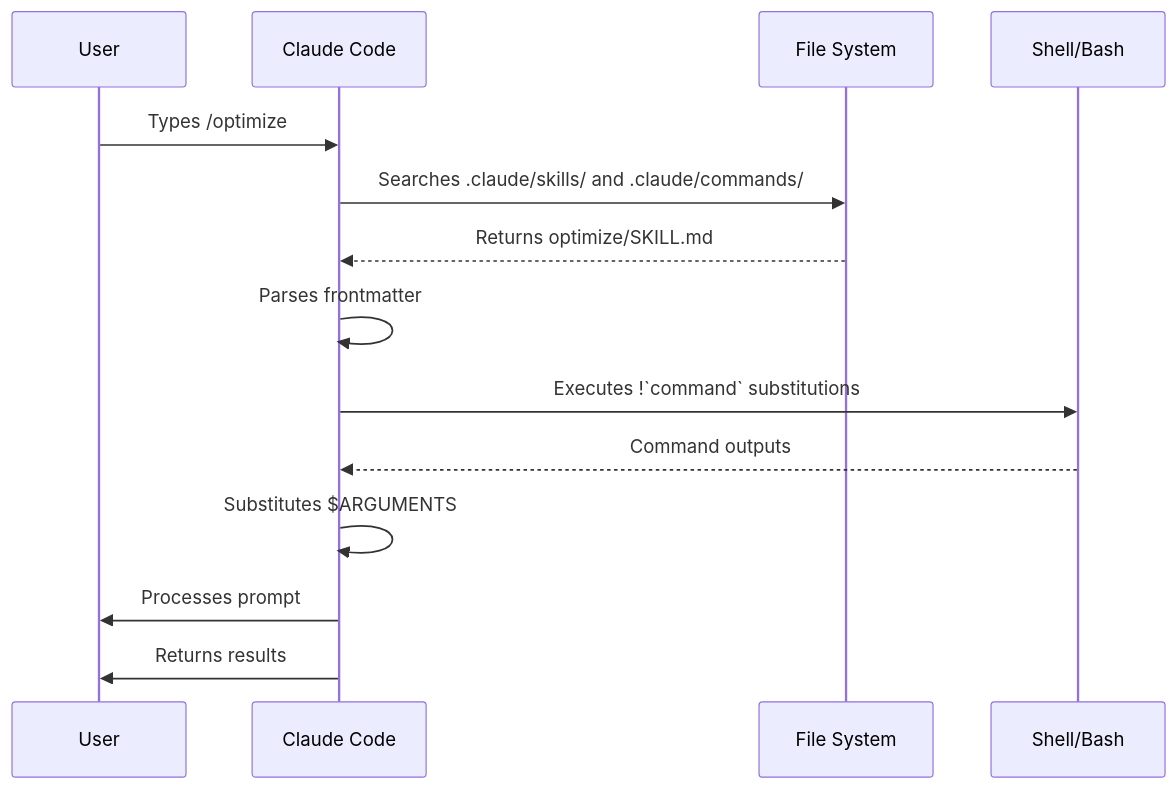
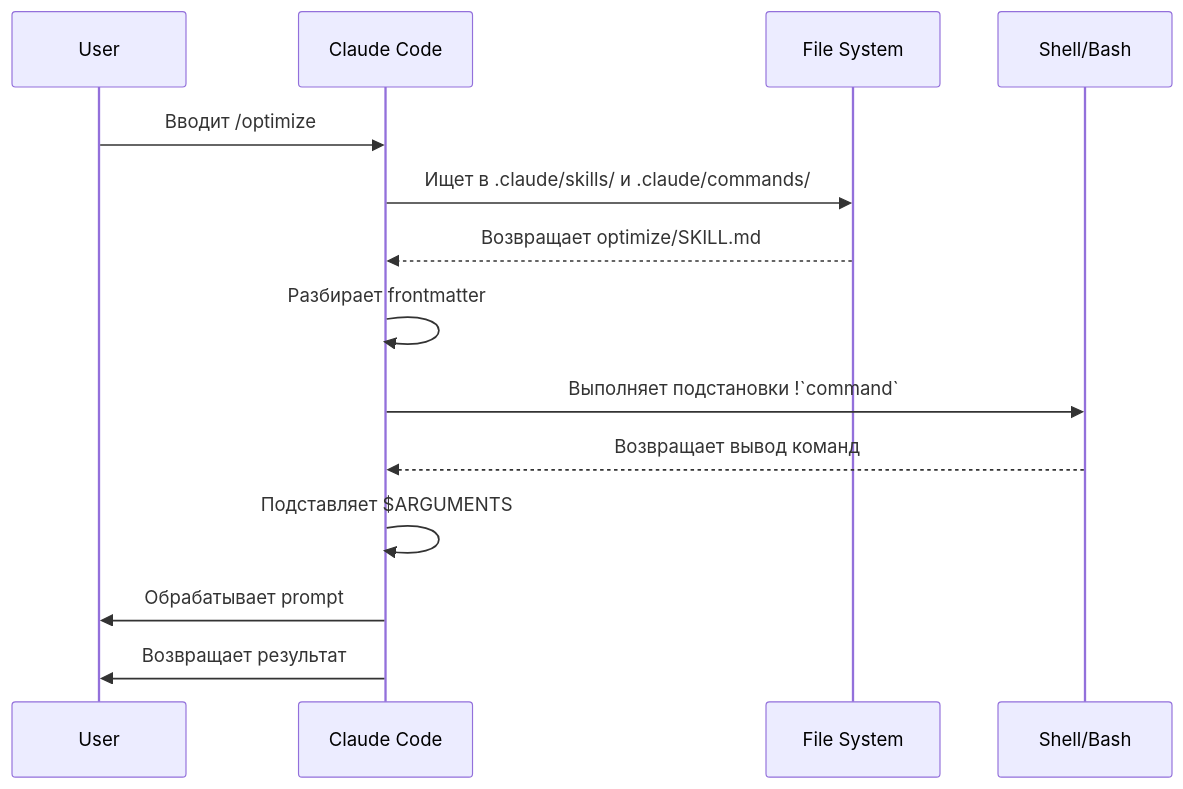
One commit to srpvpn/claude-howto-ru changed the second of 2 diagrams in 01-slash-commands/README.md. Above: the diagram before and after it, drawn with Mermaid. The commit also changed other lines of this file and 7 other files, not shown here.

````diff
--- a/01-slash-commands/README.md
+++ b/01-slash-commands/README.md
@@ -315,17 +315,17 @@
 ```mermaid
 sequenceDiagram
     participant User
     participant Claude as Claude Code
     participant FS as File System
     participant CLI as Shell/Bash
 
-    User->>Claude: Types /optimize
-    Claude->>FS: Searches .claude/skills/ and .claude/commands/
-    FS-->>Claude: Returns optimize/SKILL.md
-    Claude->>Claude: Parses frontmatter
-    Claude->>CLI: Executes !`command` substitutions
-    CLI-->>Claude: Command outputs
-    Claude->>Claude: Substitutes $ARGUMENTS
-    Claude->>User: Processes prompt
-    Claude->>User: Returns results
+    User->>Claude: Вводит /optimize
+    Claude->>FS: Ищет в .claude/skills/ и .claude/commands/
+    FS-->>Claude: Возвращает optimize/SKILL.md
+    Claude->>Claude: Разбирает frontmatter
+    Claude->>CLI: Выполняет подстановки !`command`
+    CLI-->>Claude: Возвращает вывод команд
+    Claude->>Claude: Подставляет $ARGUMENTS
+    Claude->>User: Обрабатывает prompt
+    Claude->>User: Возвращает результат
 ```
````
